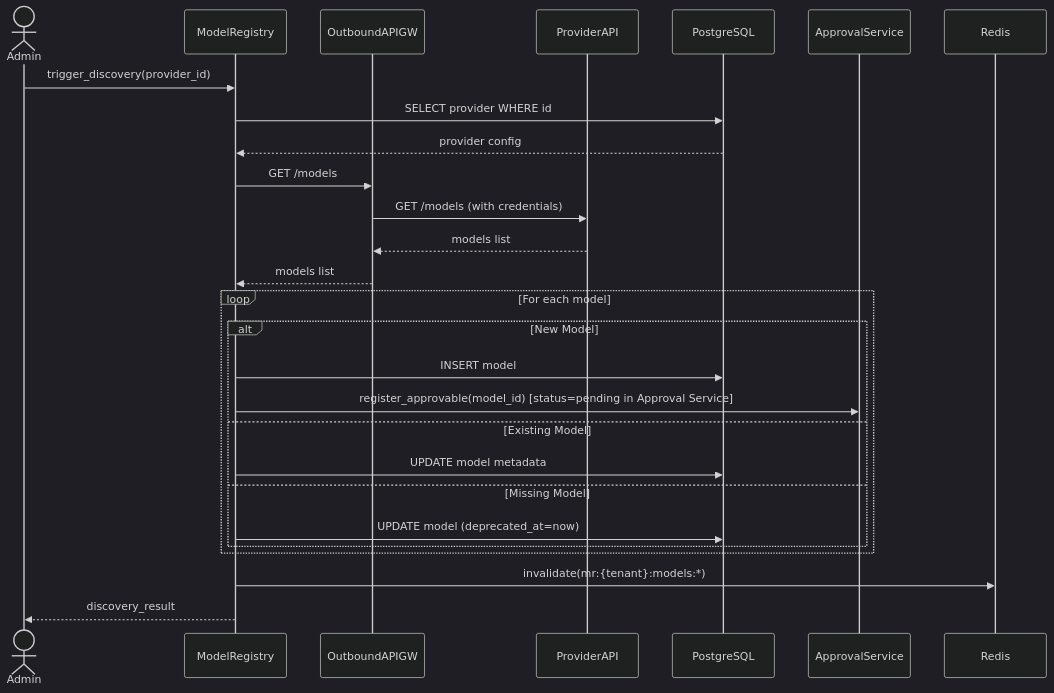
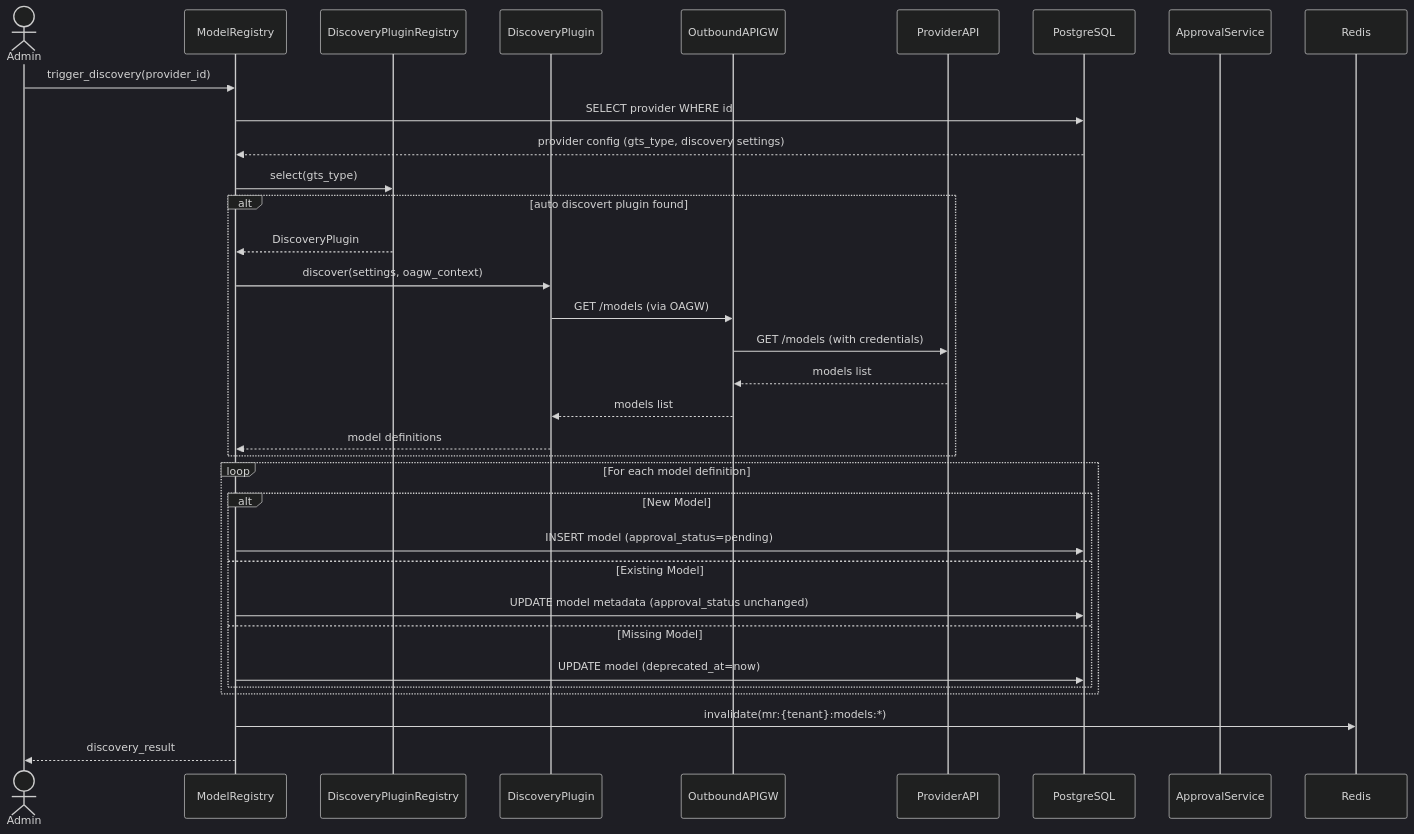
One commit to Qilin101/gears-rust changed the fourth of 7 diagrams in gears/model-registry/docs/DESIGN.md. Above: the diagram before and after it, drawn with Mermaid (dark theme). The commit also changed other lines of this file, not shown here.

Commit message:
discovery design draft

````diff
--- a/gears/model-registry/docs/DESIGN.md
+++ b/gears/model-registry/docs/DESIGN.md
@@ -756,32 +767,39 @@
 ```mermaid
 sequenceDiagram
     actor Admin
     participant MR as ModelRegistry
+    participant Registry as DiscoveryPluginRegistry
+    participant Plugin as DiscoveryPlugin
     participant OAGW as OutboundAPIGW
     participant Provider as ProviderAPI
     participant DB as PostgreSQL
     participant Approval as ApprovalService
     participant Cache as Redis
 
     Admin->>MR: trigger_discovery(provider_id)
     MR->>DB: SELECT provider WHERE id
-    DB-->>MR: provider config
-    MR->>OAGW: GET /models 
-    OAGW->>Provider: GET /models (with credentials)
-    Provider-->>OAGW: models list
-    OAGW-->>MR: models list
+    DB-->>MR: provider config (gts_type, discovery settings)
+    MR->>Registry: select(gts_type)
+    alt auto discovert plugin found
+        Registry-->>MR: DiscoveryPlugin
+        MR->>Plugin: discover(settings, oagw_context)
+        Plugin->>OAGW: GET /models (via OAGW)
+        OAGW->>Provider: GET /models (with credentials)
+        Provider-->>OAGW: models list
+        OAGW-->>Plugin: models list
+        Plugin-->>MR: model definitions
+    end
 
-    loop For each model
+    loop For each model definition
         alt New Model
-            MR->>DB: INSERT model
-            MR->>Approval: register_approvable(model_id) [status=pending in Approval Service]
+            MR->>DB: INSERT model (approval_status=pending)
         else Existing Model
-            MR->>DB: UPDATE model metadata
+            MR->>DB: UPDATE model metadata (approval_status unchanged)
         else Missing Model
             MR->>DB: UPDATE model (deprecated_at=now)
         end
     end
 
     MR->>Cache: invalidate(mr:{tenant}:models:*)
     MR-->>Admin: discovery_result
 ```
````
